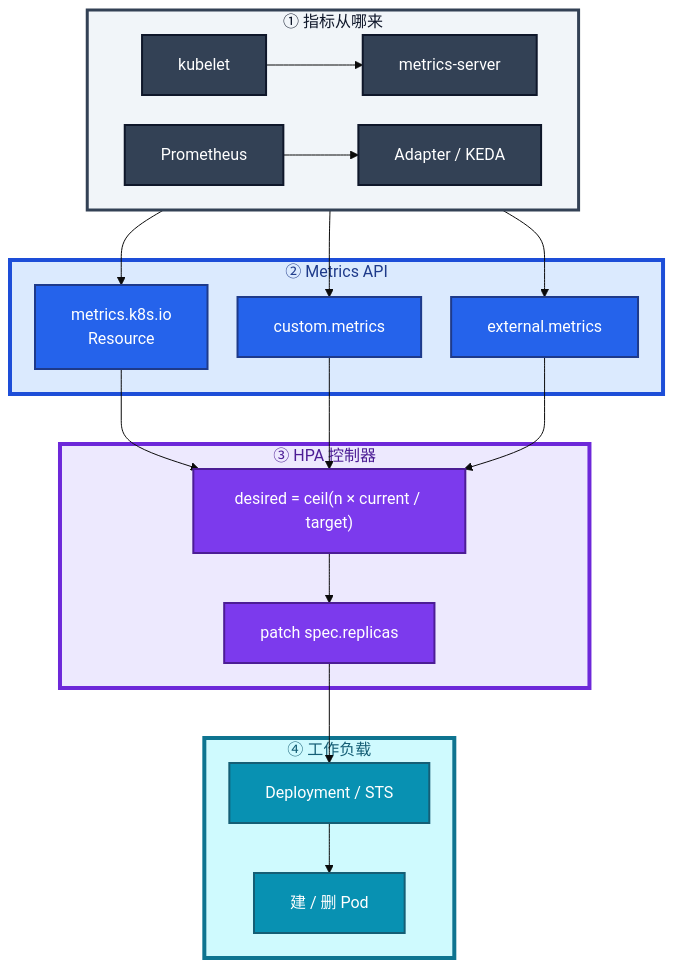
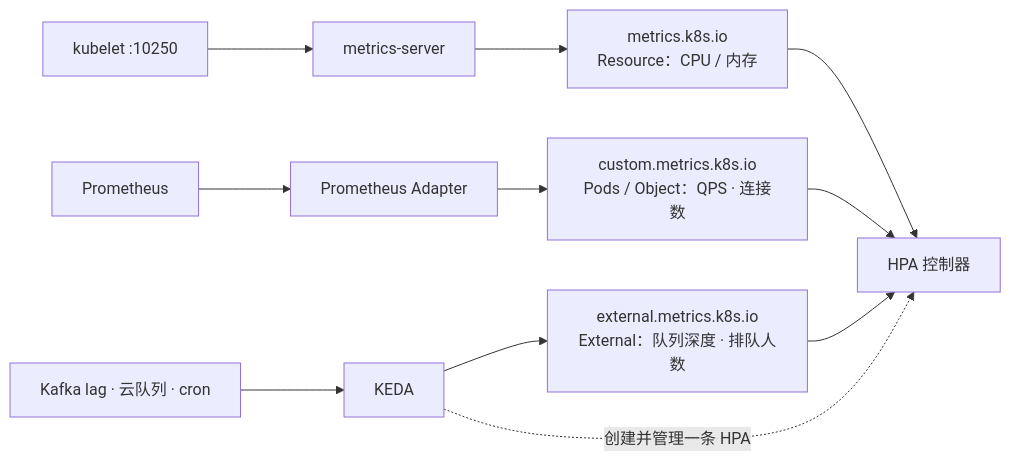
Before and after one commit to ml-cuizijun/LearnToLilith: the second of 5 diagrams in 03-Kubernetes/07-弹性伸缩/知识点.md, drawn with Mermaid. The commit also changed other lines of this file and 470 other files, not shown here.

````diff
--- a/03-Kubernetes/07-弹性伸缩/知识点.md
+++ b/03-Kubernetes/07-弹性伸缩/知识点.md
@@ -84,53 +51,13 @@
 ```mermaid
-%%{init: {"flowchart": {"padding": 18, "nodeSpacing": 30, "rankSpacing": 50}, "theme": "base"}}%%
-flowchart TB
-    subgraph src ["① 指标从哪来"]
-        direction LR
-        kl[kubelet]
-        ms[metrics-server]
-        prom[Prometheus]
-        adp[Adapter / KEDA]
-        kl --> ms
-        prom --> adp
-    end
-
-    subgraph api ["② Metrics API"]
-        res["metrics.k8s.io<br/>Resource"]
-        cus["custom.metrics"]
-        ext["external.metrics"]
-        ms --> res
-        adp --> cus
-        adp --> ext
-    end
-
-    subgraph hpa ["③ HPA 控制器"]
-        calc["desired = ceil(n × current / target)"]
-        patch["patch spec.replicas"]
-        calc --> patch
-    end
-
-    subgraph wl ["④ 工作负载"]
-        dep[Deployment / STS]
-        pod[建 / 删 Pod]
-        dep --> pod
-    end
-
-    res --> calc
-    cus --> calc
-    ext --> calc
-    patch --> dep
-
-    classDef srcN fill:#334155,stroke:#0F172A,stroke-width:2px,color:#fff
-    classDef apiN fill:#2563EB,stroke:#1E3A8A,stroke-width:2px,color:#fff
-    classDef hpaN fill:#7C3AED,stroke:#4C1D95,stroke-width:2px,color:#fff
-    classDef wlN fill:#0891B2,stroke:#155E75,stroke-width:2px,color:#fff
-    class kl,ms,prom,adp srcN
-    class res,cus,ext apiN
-    class calc,patch hpaN
-    class dep,pod wlN
-
-    style src fill:#F1F5F9,stroke:#334155,stroke-width:3px,color:#0F172A
-    style api fill:#DBEAFE,stroke:#1D4ED8,stroke-width:4px,color:#1E3A8A
-    style hpa fill:#EDE9FE,stroke:#6D28D9,stroke-width:4px,color:#4C1D95
-    style wl fill:#CFFAFE,stroke:#0E7490,stroke-width:4px,color:#155E75
+flowchart LR
+    kl[kubelet :10250] --> ms[metrics-server]
+    prom[Prometheus] --> adp[Prometheus Adapter]
+    src[Kafka lag · 云队列 · cron] --> keda[KEDA]
+    ms --> res["metrics.k8s.io<br/>Resource：CPU / 内存"]
+    adp --> cus["custom.metrics.k8s.io<br/>Pods / Object：QPS · 连接数"]
+    keda --> ext["external.metrics.k8s.io<br/>External：队列深度 · 排队人数"]
+    res --> hpa[HPA 控制器]
+    cus --> hpa
+    ext --> hpa
+    keda -.->|创建并管理一条 HPA| hpa
 ```
````
